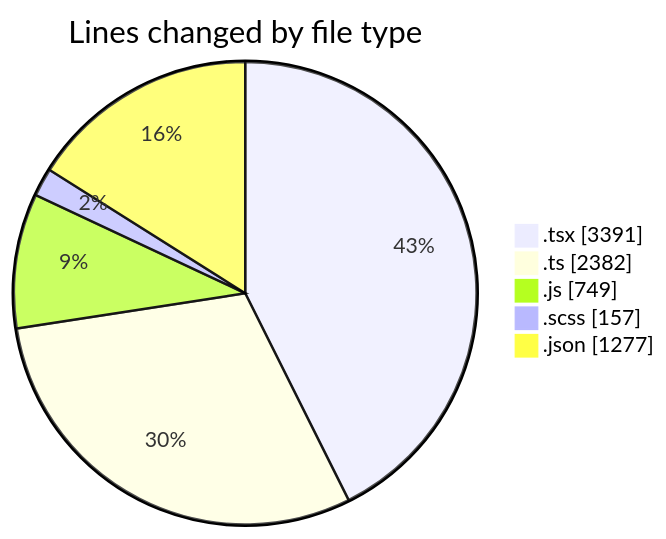
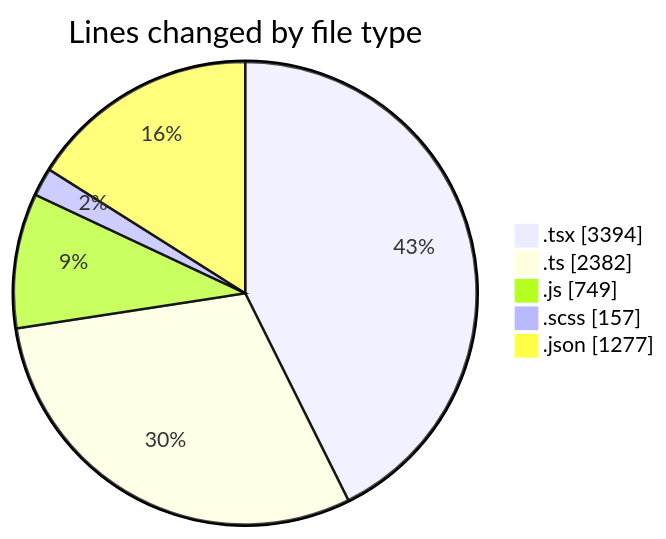
The first of 2 diagrams in 2026-06-15/cda/README.md (momahboobian/code-tracking), drawn with Mermaid before and after one commit. The commit also changed other lines of this file and 1 other file, not shown here.

````diff
--- a/2026-06-15/cda/README.md
+++ b/2026-06-15/cda/README.md
@@ -66,9 +66,9 @@
 ```mermaid
 pie showData
 title Lines changed by file type
-".tsx" : 3391
+".tsx" : 3394
 ".ts" : 2382
 ".js" : 749
 ".scss" : 157
 ".json" : 1277
 ```
````
